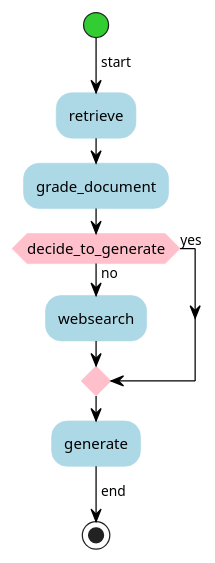
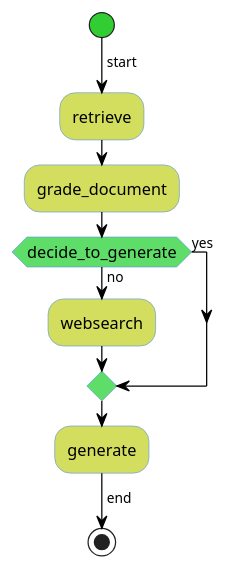
One commit to kyopark2014/langgraph-agent changed the diagram in chart/crag.puml. Above: the diagram before and after it, drawn with PlantUML. The commit also changed 9 other files, not shown here.

```diff
--- a/chart/crag.puml
+++ b/chart/crag.puml
@@ -1,38 +1,35 @@
 @startuml Corrective RAG
 
 'skinparam monochrome true
 skinparam shadowing false
 skinparam activity {
     StartColor limegreen
     EndColor darkblue
-    'BackgroundColor #d4de5e
-    'BorderColor #5e94de
-    BackgroundColor #lightblue
-    BorderColor #lightblue
+    BackgroundColor #d4de5e
+    BorderColor #5e94de
     ArrowColor black
+    fontSize 13
 }
 skinparam activityDiamond {
-    'BackgroundColor #5ede68
-    'BorderColor #5e94de
-    BackgroundColor #Pink
-    BorderColor #Pink
-    fontSize 12
+    BackgroundColor #5ede68
+    BorderColor #5e94de
+    fontSize 13
 }
 
 start
 -> start;
 
 :retrieve;
 
 :grade_document;
 
 if (decide_to_generate) then (yes)    
 else (no)
   :websearch;
 endif
 
 :generate;
 
 -> end;
 stop
 @enduml
```
